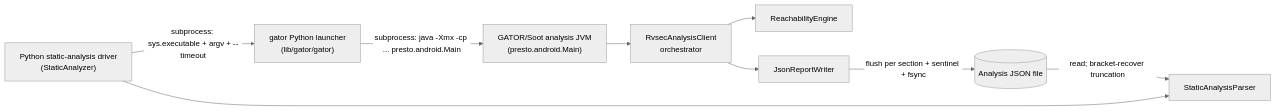
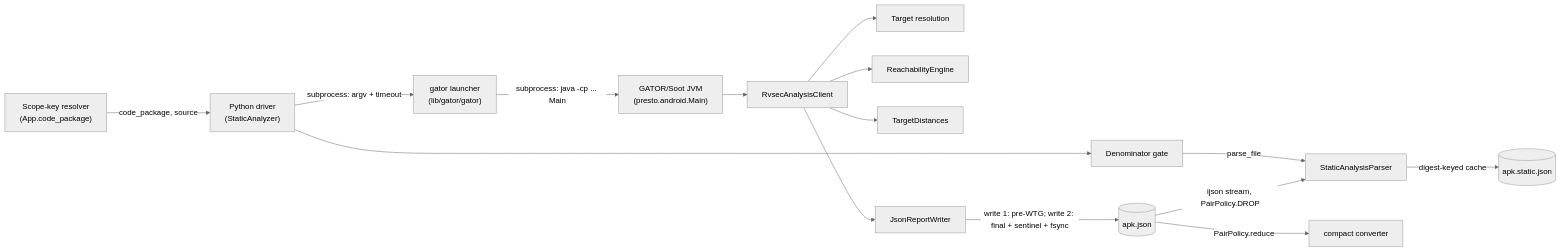
One commit to PAMunb/rvsec changed the third of 4 diagrams in rv-android/docs/architecture/static-analysis.md. Above: the diagram before and after it, drawn with Mermaid. The commit also changed other lines of this file and 7 other files, not shown here.

````diff
--- a/rv-android/docs/architecture/static-analysis.md
+++ b/rv-android/docs/architecture/static-analysis.md
@@ -275,21 +339,33 @@
 ```mermaid
 %%{init: {'theme': 'neutral'}}%%
 flowchart LR
-  driver["Python static-analysis driver<br/>(StaticAnalyzer)"]
-  launcher["gator Python launcher<br/>(lib/gator/gator)"]
-  jvm["GATOR/Soot analysis JVM<br/>(presto.android.Main)"]
-  client["RvsecAnalysisClient<br/>orchestrator"]
+  keyres["Scope-key resolver<br/>(App.code_package)"]
+  driver["Python driver<br/>(StaticAnalyzer)"]
+  launcher["gator launcher<br/>(lib/gator/gator)"]
+  jvm["GATOR/Soot JVM<br/>(presto.android.Main)"]
+  client["RvsecAnalysisClient"]
+  targets["Target resolution"]
   reach["ReachabilityEngine"]
+  dist["TargetDistances"]
   writer["JsonReportWriter"]
-  json[("Analysis JSON file")]
+  json[("apk.json")]
+  gate["Denominator gate"]
   parser["StaticAnalysisParser"]
+  copy[("apk.static.json")]
+  conv["compact converter"]
 
-  driver -->|subprocess: sys.executable + argv + --timeout| launcher
-  launcher -->|subprocess: java -Xmx -cp ... presto.android.Main| jvm
+  keyres -->|code_package, source| driver
+  driver -->|subprocess: argv + timeout| launcher
+  launcher -->|subprocess: java -cp ... Main| jvm
   jvm --> client
+  client --> targets
   client --> reach
+  client --> dist
   client --> writer
-  writer -->|flush per section + sentinel + fsync| json
-  json -->|read; bracket-recover truncation| parser
-  driver --> parser
+  writer -->|write 1: pre-WTG; write 2: final + sentinel + fsync| json
+  driver --> gate
+  gate -->|parse_file| parser
+  json -->|ijson stream, PairPolicy.DROP| parser
+  parser -->|digest-keyed cache| copy
+  json -->|PairPolicy.reduce| conv
 ```
````
